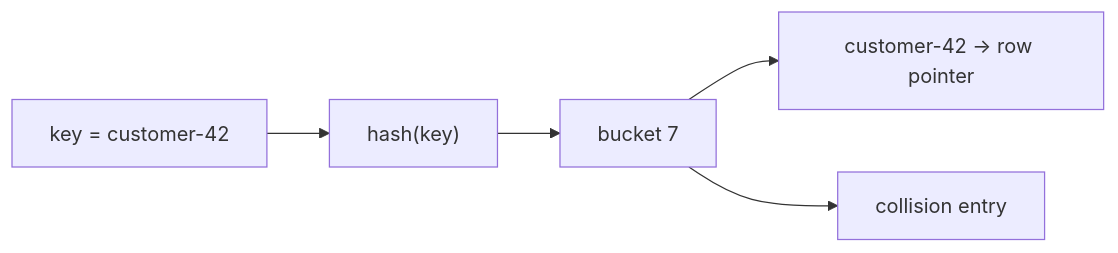
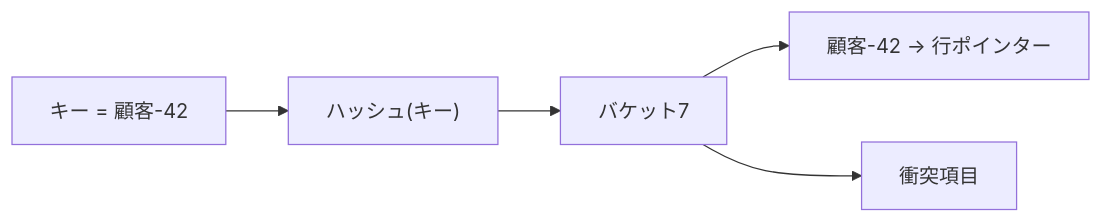
Before and after one commit to hirunebot/database-systems-book: the first of 6 diagrams in src/content/docs/02-storage/05-hash-and-lsm.md, drawn with Mermaid. The commit also changed other lines of this file and 42 other files, not shown here.

````diff
--- a/src/content/docs/02-storage/05-hash-and-lsm.md
+++ b/src/content/docs/02-storage/05-hash-and-lsm.md
@@ -25,7 +25,7 @@
 ```mermaid
 flowchart LR
-    K["key = customer-42"] --> H["hash(key)"]
-    H --> B["bucket 7"]
-    B --> E1["customer-42 → row pointer"]
-    B --> E2["collision entry"]
+    K["キー = 顧客-42"] --> H["ハッシュ(キー)"]
+    H --> B["バケット7"]
+    B --> E1["顧客-42 → 行ポインター"]
+    B --> E2["衝突項目"]
 ```
````
